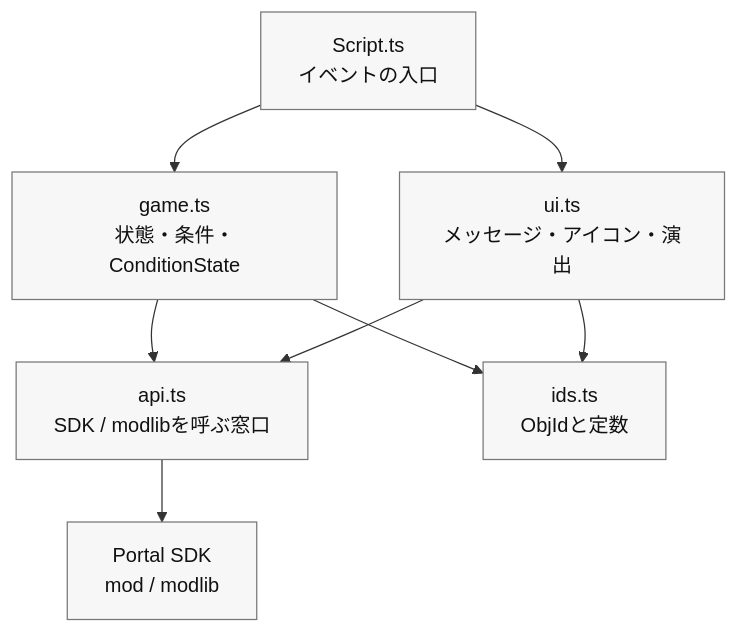
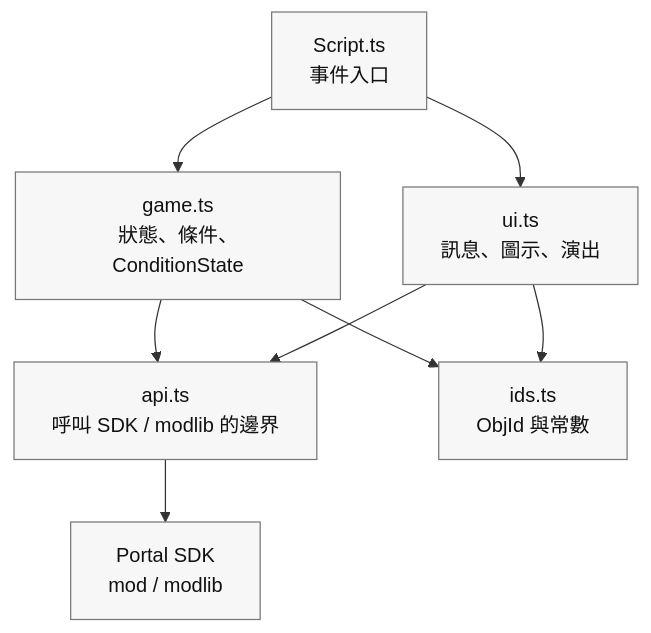
Before and after one commit to link1345/bf-portal-book: the diagram in content/locales/zh-TW/chapters/7b-program-layout.md, drawn with Mermaid. The commit also changed other lines of this file and 2 other files, not shown here.

````diff
--- a/content/locales/zh-TW/chapters/7b-program-layout.md
+++ b/content/locales/zh-TW/chapters/7b-program-layout.md
@@ -130,20 +132,20 @@
 ```mermaid
 flowchart TD
-  script["Script.ts<br/>イベントの入口"]
-  game["game.ts<br/>状態・条件・ConditionState"]
-  ui["ui.ts<br/>メッセージ・アイコン・演出"]
-  api["api.ts<br/>SDK / modlibを呼ぶ窓口"]
-  ids["ids.ts<br/>ObjIdと定数"]
+  script["Script.ts<br/>事件入口"]
+  game["game.ts<br/>狀態、條件、ConditionState"]
+  ui["ui.ts<br/>訊息、圖示、演出"]
+  api["api.ts<br/>呼叫 SDK / modlib 的邊界"]
+  ids["ids.ts<br/>ObjId 與常數"]
   sdk["Portal SDK<br/>mod / modlib"]
 
   script --> game
   script --> ui
   game --> ids
   game --> api
   ui --> ids
   ui --> api
   api --> sdk
 
   classDef base fill:#f7f7f7,stroke:#777,color:#111
   class script,game,ui,api,ids,sdk base
 ```
````
